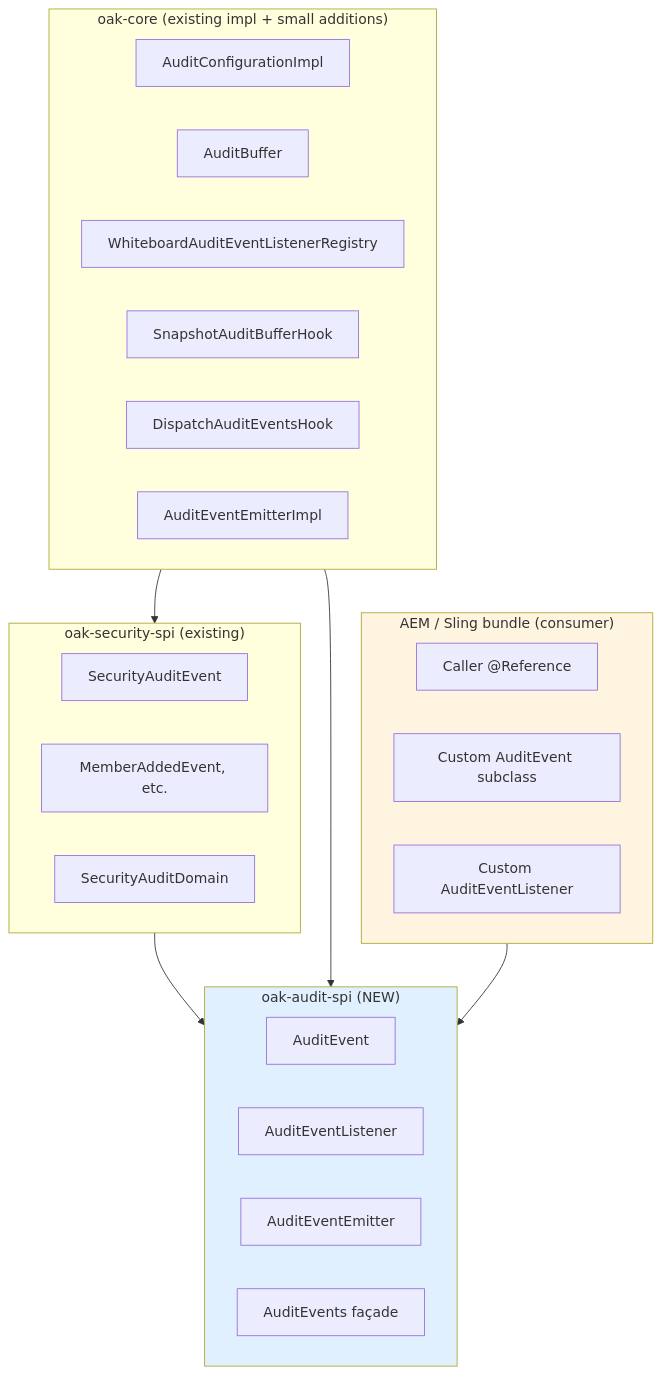
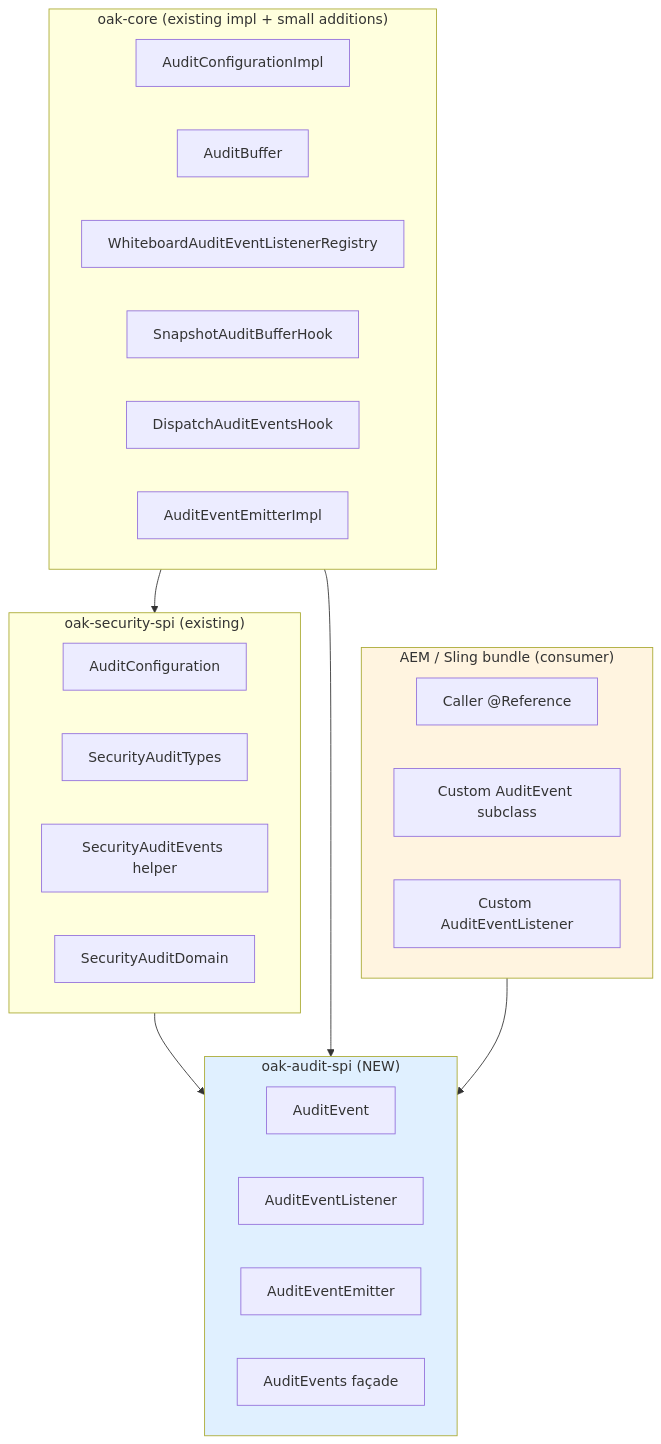
The second of 3 diagrams in oak-audit-spi/docs/design.md (dulvac/jackrabbit-oak), drawn with Mermaid before and after one commit. The commit also changed other lines of this file and 32 other files, not shown here.

First line of the commit message:
audit-spi: PR-review feedback — drop typed events, enrich AuditConfiguration, document user-API audit semantics

````diff
--- a/oak-audit-spi/docs/design.md
+++ b/oak-audit-spi/docs/design.md
@@ -88,38 +90,39 @@
 ```mermaid
 flowchart TB
     subgraph SPI["oak-audit-spi (NEW)"]
         AE_INT[AuditEvent]
         AEL_INT[AuditEventListener]
         EMIT_INT[AuditEventEmitter]
         AES[AuditEvents façade]
     end
 
     subgraph SEC["oak-security-spi (existing)"]
-        SEC_EV[SecurityAuditEvent]
-        MA[MemberAddedEvent, etc.]
+        ACS[AuditConfiguration]
+        SAT[SecurityAuditTypes]
+        SAE[SecurityAuditEvents helper]
         SAD[SecurityAuditDomain]
     end
 
     subgraph CORE["oak-core (existing impl + small additions)"]
         ACI[AuditConfigurationImpl]
         BUF[AuditBuffer]
         REG[WhiteboardAuditEventListenerRegistry]
         SNAP[SnapshotAuditBufferHook]
         DISP[DispatchAuditEventsHook]
         EMIT_IMPL[AuditEventEmitterImpl]
     end
 
     subgraph AEM["AEM / Sling bundle (consumer)"]
         CALLER[Caller @Reference]
         EV_CLS[Custom AuditEvent subclass]
         LISTENER[Custom AuditEventListener]
     end
 
     SEC --> SPI
     CORE --> SEC
     CORE --> SPI
     AEM --> SPI
 
     style SPI fill:#e0f0ff
     style AEM fill:#fff4e0
 ```
````
